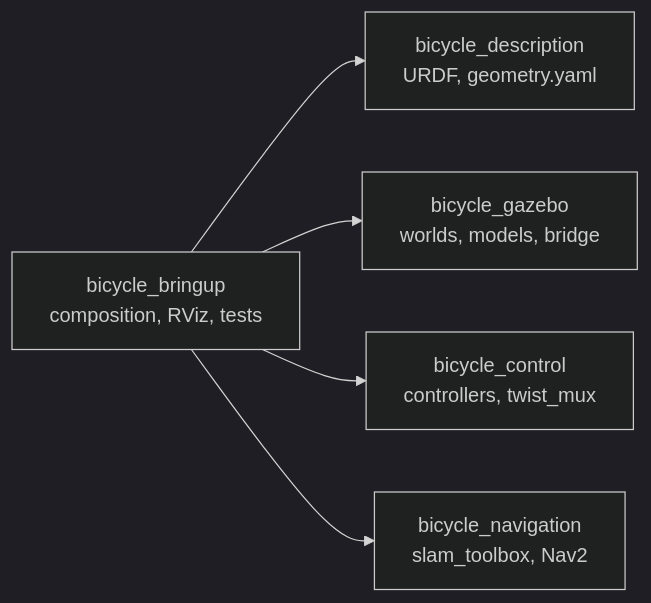
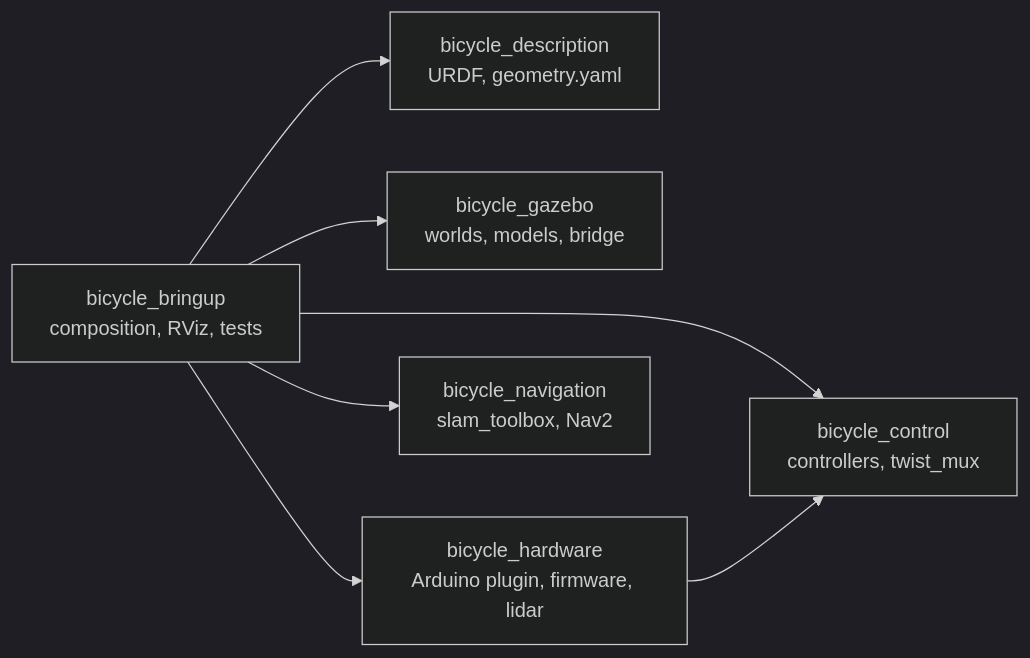
The first of 6 diagrams in docs/architecture.md (AlAssi69/self_driving_bicycle), drawn with Mermaid (dark theme) before and after one commit. The commit also changed other lines of this file and 10 other files, not shown here.

````diff
--- a/docs/architecture.md
+++ b/docs/architecture.md
@@ -7,9 +7,11 @@
 ```mermaid
 graph LR
   description[bicycle_description<br/>URDF, geometry.yaml]
   gazebo[bicycle_gazebo<br/>worlds, models, bridge]
+  hardware[bicycle_hardware<br/>Arduino plugin, firmware, lidar]
   control[bicycle_control<br/>controllers, twist_mux]
   navigation[bicycle_navigation<br/>slam_toolbox, Nav2]
   bringup[bicycle_bringup<br/>composition, RViz, tests]
-  bringup --> description & gazebo & control & navigation
+  bringup --> description & gazebo & hardware & control & navigation
+  hardware --> control
 ```
````
